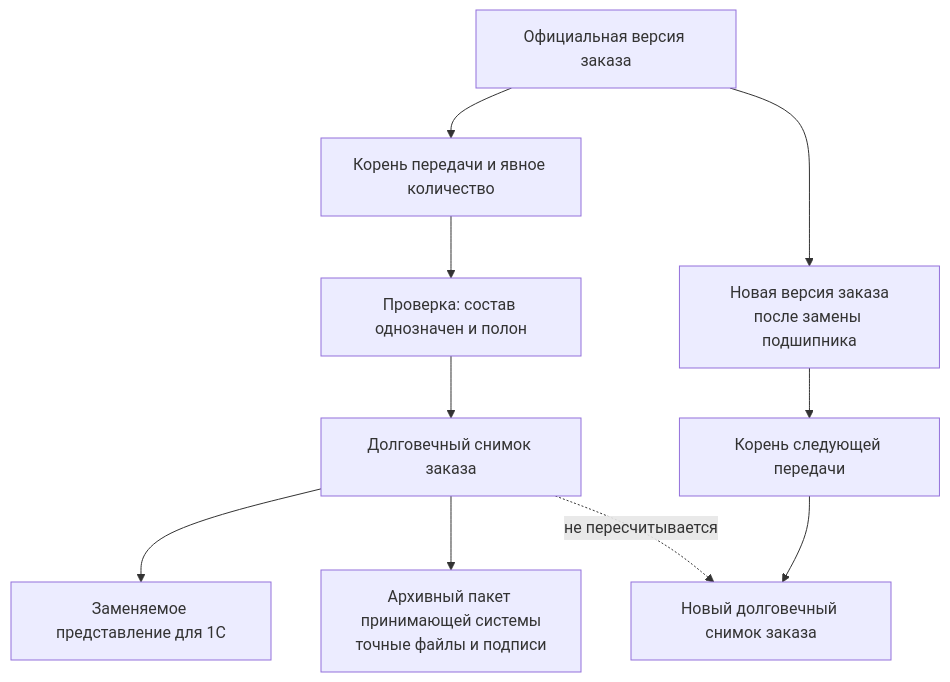
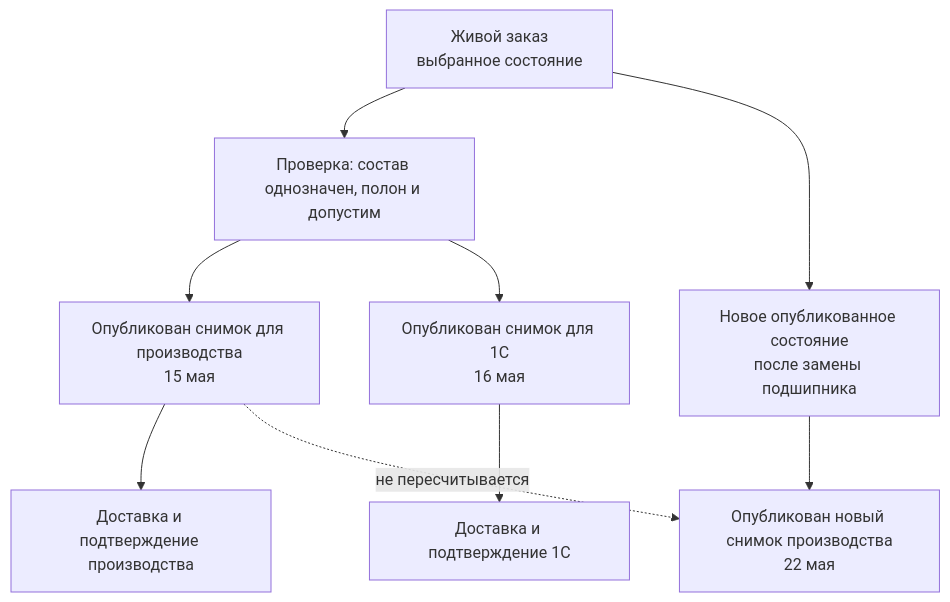
Before and after one commit to ZelAnton/Interlink-product-book: the first of 2 diagrams in docs/orders/05-exact-publication.md, drawn with Mermaid. The commit also changed other lines of this file and 231 other files, not shown here.

````diff
--- a/docs/orders/05-exact-publication.md
+++ b/docs/orders/05-exact-publication.md
@@ -11,12 +13,11 @@
 ```mermaid
 flowchart TD
-    A["Официальная версия заказа"] --> B["Корень передачи и явное количество"]
-    B --> C["Проверка: состав однозначен и полон"]
-    C --> D["Долговечный снимок заказа"]
-    D --> E["Заменяемое представление для 1С"]
-    D --> F["Архивный пакет принимающей системы<br/>точные файлы и подписи"]
-    A --> G["Новая версия заказа<br/>после замены подшипника"]
-    G --> H["Корень следующей передачи"]
-    H --> I["Новый долговечный снимок заказа"]
-    D -.->|"не пересчитывается"| I
+    A["Живой заказ<br/>выбранное состояние"] --> B["Проверка: состав однозначен, полон и допустим"]
+    B --> C["Опубликован снимок для производства<br/>15 мая"]
+    C --> C1["Доставка и подтверждение производства"]
+    B --> D["Опубликован снимок для 1С<br/>16 мая"]
+    D --> D1["Доставка и подтверждение 1С"]
+    A --> E["Новое опубликованное состояние<br/>после замены подшипника"]
+    E --> F["Опубликован новый снимок производства<br/>22 мая"]
+    C -.->|"не пересчитывается"| F
 ```
````
